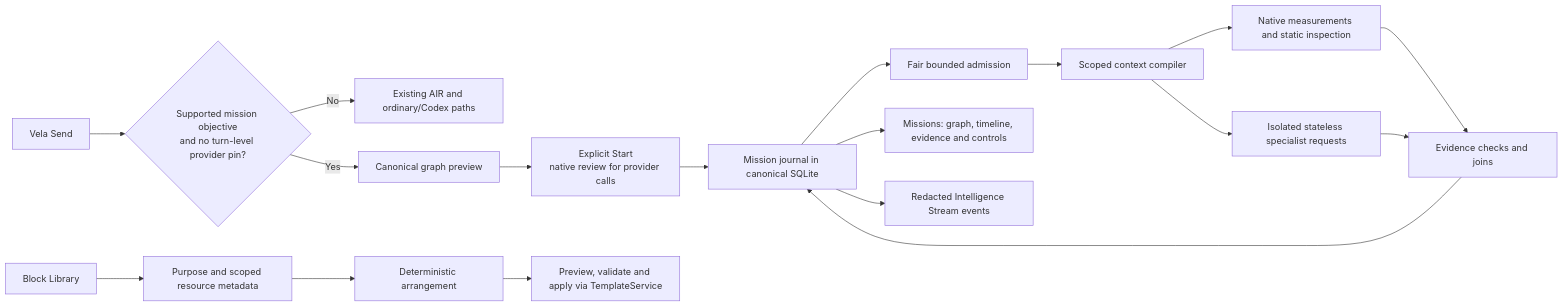
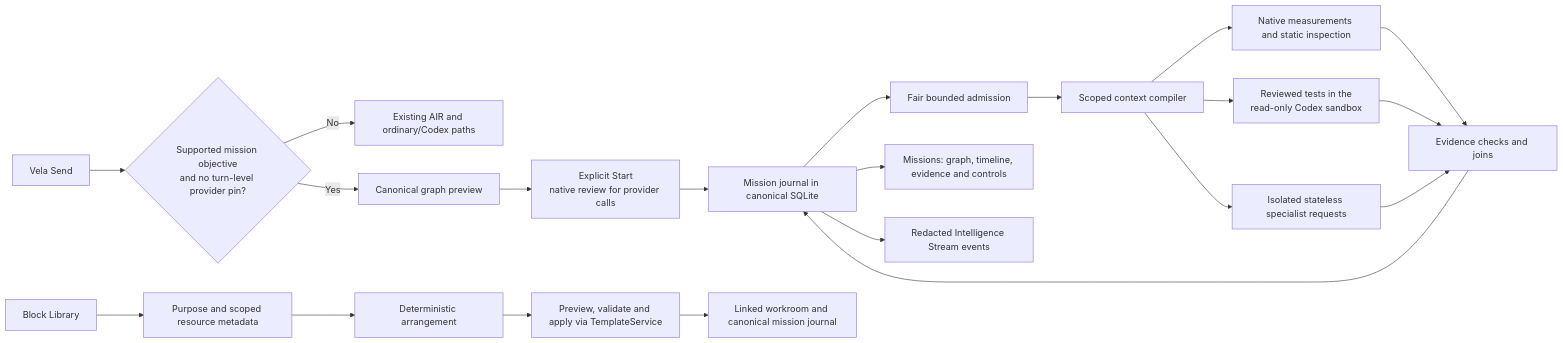
Before and after one commit to Kgray44/Aetherwake: the diagram in docs/architecture/VELA-MISSION-EXECUTION.md, drawn with Mermaid. The commit also changed other lines of this file and 19 other files, not shown here.

Commit message:
Link mission workrooms and run reviewed tests through Codex

````diff
--- a/docs/architecture/VELA-MISSION-EXECUTION.md
+++ b/docs/architecture/VELA-MISSION-EXECUTION.md
@@ -7,20 +7,23 @@
 ```mermaid
 flowchart LR
   Send["Vela Send"] --> Check{"Supported mission objective<br/>and no turn-level provider pin?"}
   Check -- No --> AIR["Existing AIR and ordinary/Codex paths"]
   Check -- Yes --> Preview["Canonical graph preview"]
   Preview --> Consent["Explicit Start<br/>native review for provider calls"]
   Consent --> Journal["Mission journal in canonical SQLite"]
   Journal --> Scheduler["Fair bounded admission"]
   Scheduler --> Context["Scoped context compiler"]
   Context --> Native["Native measurements and static inspection"]
+  Context --> Codex["Reviewed tests in the<br/>read-only Codex sandbox"]
   Context --> Agents["Isolated stateless specialist requests"]
   Native --> Verify["Evidence checks and joins"]
+  Codex --> Verify
   Agents --> Verify
   Verify --> Journal
   Journal --> Panel["Missions: graph, timeline, evidence and controls"]
   Journal --> Stream["Redacted Intelligence Stream events"]
   Library["Block Library"] --> Architect["Purpose and scoped resource metadata"]
   Architect --> Layout["Deterministic arrangement"]
   Layout --> Apply["Preview, validate and apply via TemplateService"]
+  Apply --> Workroom["Linked workroom and canonical mission journal"]
 ```
````
